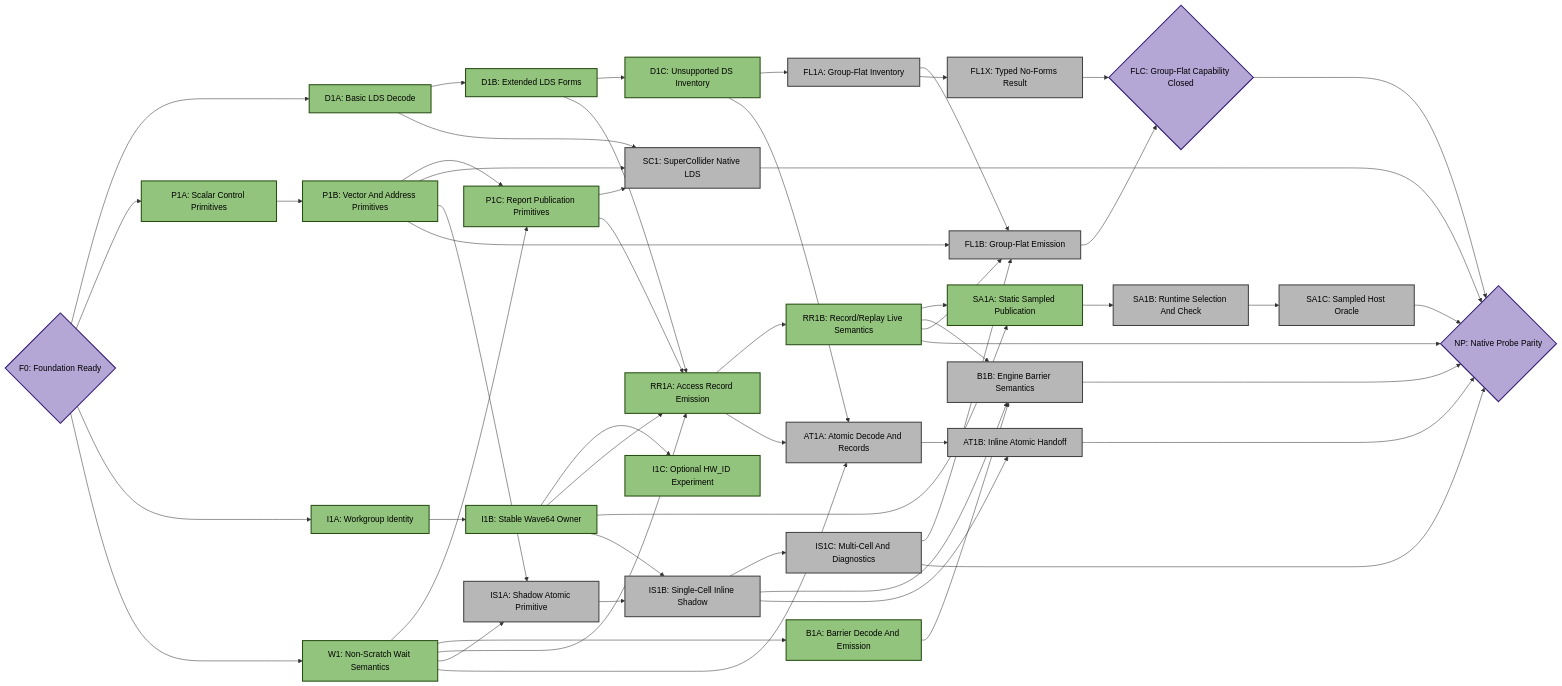
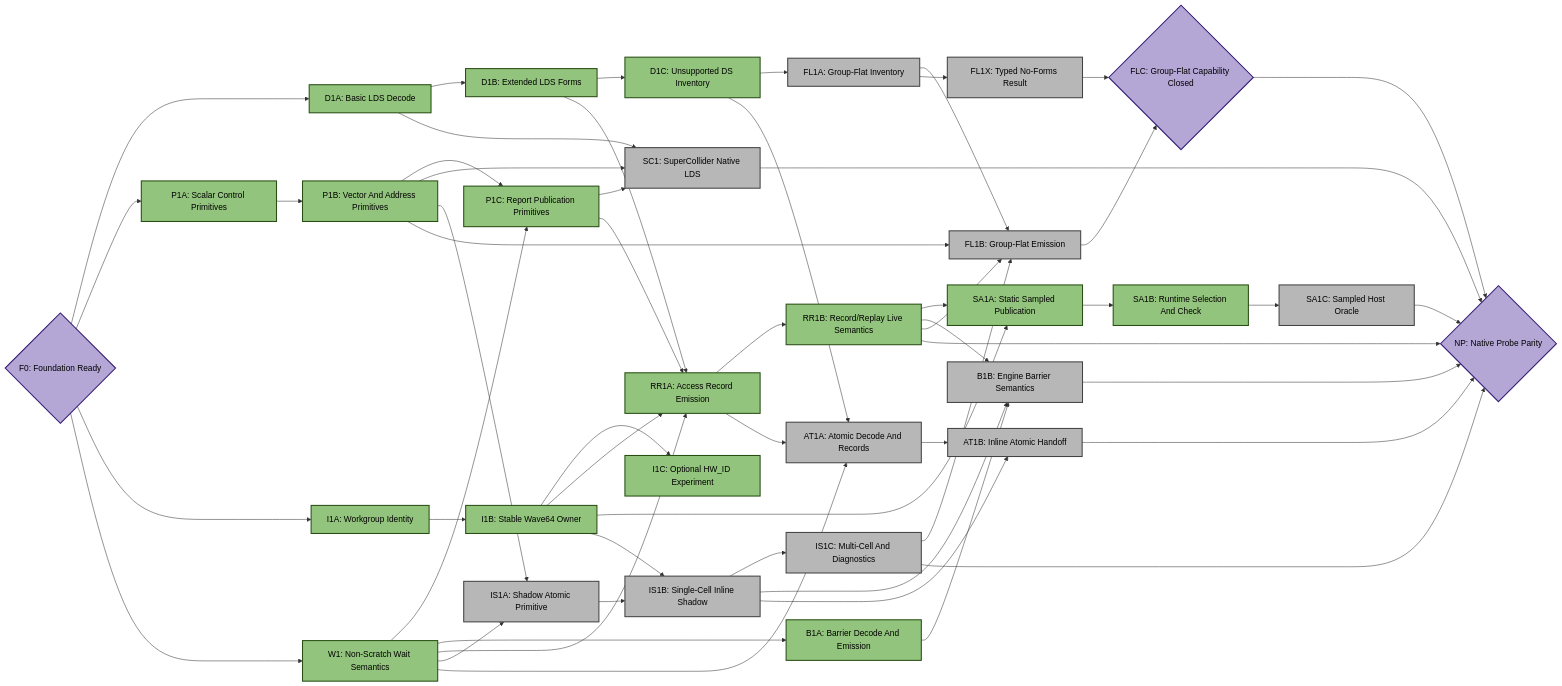
One commit to ROCm/rocm-systems changed the fourth of 5 diagrams in emulation/rocjitsu/docs/consan/PLAN_GFX950.md. Above: the diagram before and after it, drawn with Mermaid. The commit also changed other lines of this file and 3 other files, not shown here.

```diff
--- a/emulation/rocjitsu/docs/consan/PLAN_GFX950.md
+++ b/emulation/rocjitsu/docs/consan/PLAN_GFX950.md
@@ -332,7 +337,7 @@
   RR1A["RR1A: Access Record Emission"]:::done
   RR1B["RR1B: Record/Replay Live Semantics"]:::done
   SA1A["SA1A: Static Sampled Publication"]:::done
-  SA1B["SA1B: Runtime Selection And Check"]:::todo
+  SA1B["SA1B: Runtime Selection And Check"]:::done
   SA1C["SA1C: Sampled Host Oracle"]:::todo
   IS1A["IS1A: Shadow Atomic Primitive"]:::todo
   IS1B["IS1B: Single-Cell Inline Shadow"]:::todo
```
